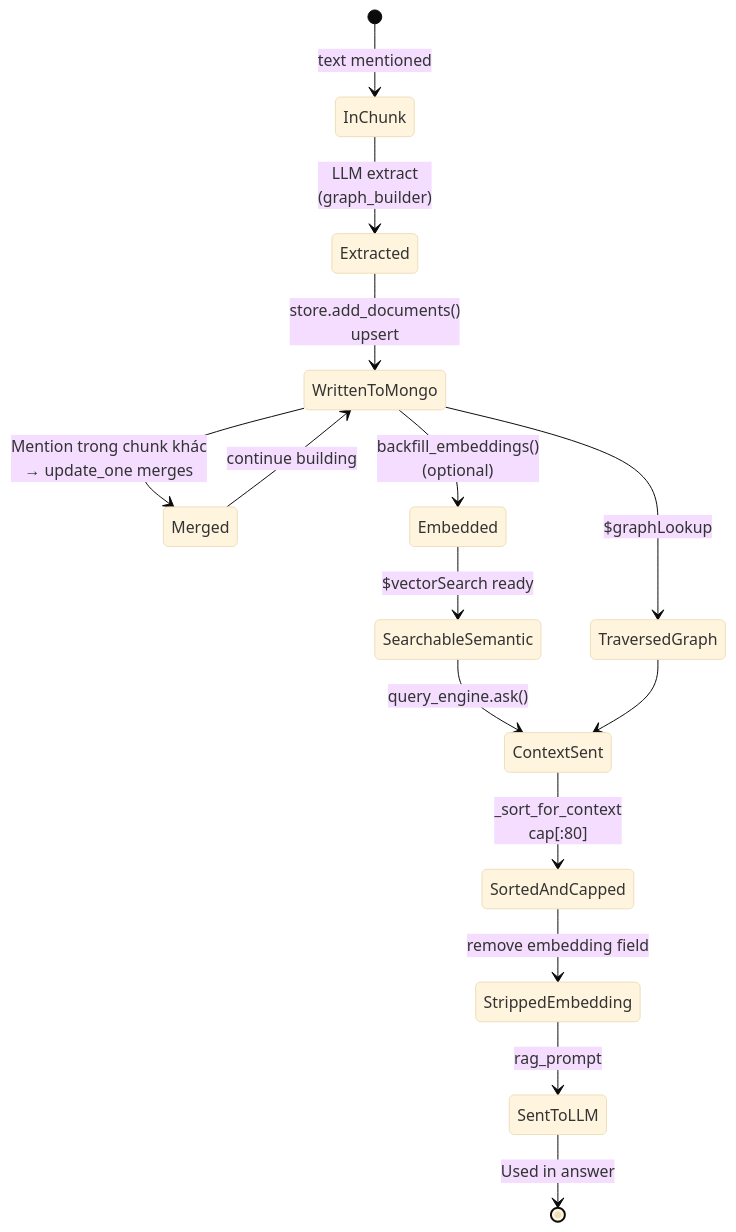
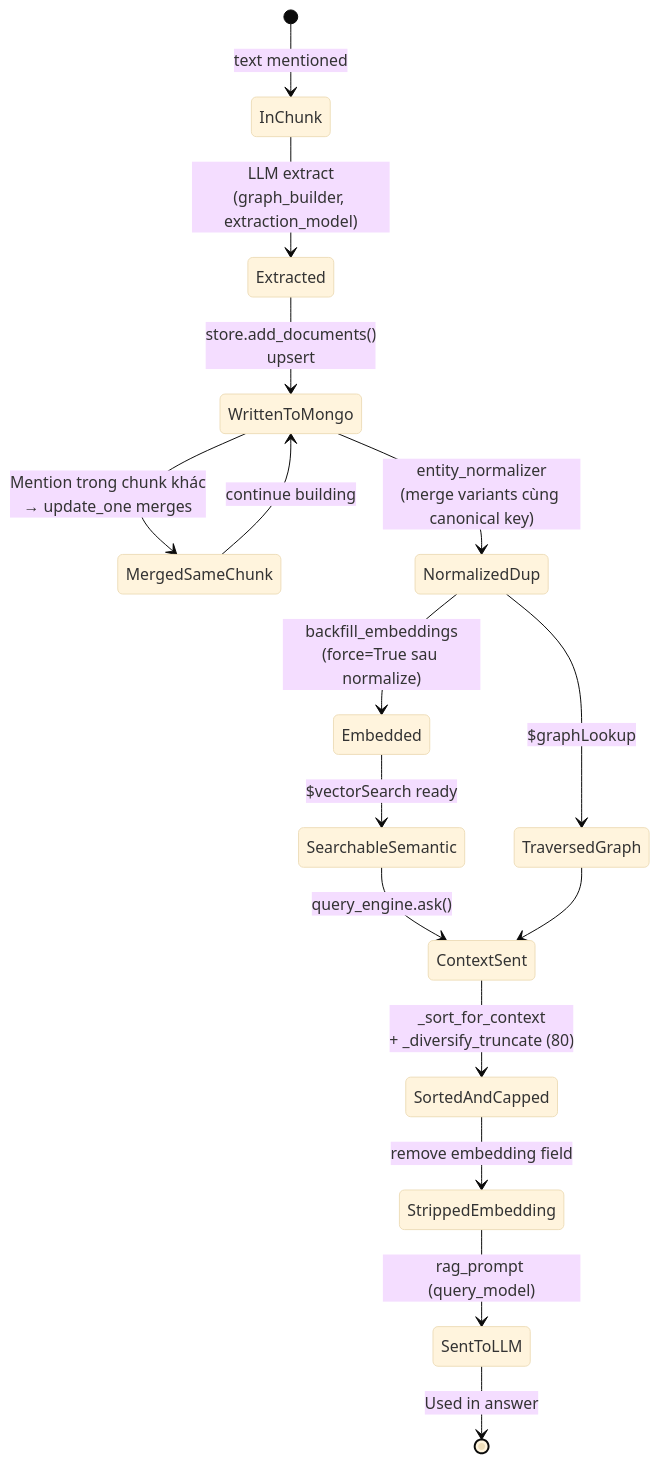
One commit to camping89/graphrag-demo changed the fifth of 14 diagrams in docs/diagrams.md. Above: the diagram before and after it, drawn with Mermaid (base theme). The commit also changed other lines of this file and 10 other files, not shown here.

First line of the commit message:
docs: sync với codebase hiện tại (2-model split, entity normalizer, auto-flow)

````diff
--- a/docs/diagrams.md
+++ b/docs/diagrams.md
@@ -229,22 +242,23 @@
 ```mermaid
 stateDiagram-v2
     [*] --> InChunk: text mentioned
 
-    InChunk --> Extracted: LLM extract<br/>(graph_builder)
+    InChunk --> Extracted: LLM extract<br/>(graph_builder, extraction_model)
     Extracted --> WrittenToMongo: store.add_documents()<br/>upsert
 
-    WrittenToMongo --> Merged: Mention trong chunk khác<br/>→ update_one merges
-    Merged --> WrittenToMongo: continue building
+    WrittenToMongo --> MergedSameChunk: Mention trong chunk khác<br/>→ update_one merges
+    MergedSameChunk --> WrittenToMongo: continue building
 
-    WrittenToMongo --> Embedded: backfill_embeddings()<br/>(optional)
+    WrittenToMongo --> NormalizedDup: entity_normalizer<br/>(merge variants cùng canonical key)
+    NormalizedDup --> Embedded: backfill_embeddings<br/>(force=True sau normalize)
 
     Embedded --> SearchableSemantic: $vectorSearch ready
-    WrittenToMongo --> TraversedGraph: $graphLookup
+    NormalizedDup --> TraversedGraph: $graphLookup
     SearchableSemantic --> ContextSent: query_engine.ask()
     TraversedGraph --> ContextSent
 
-    ContextSent --> SortedAndCapped: _sort_for_context<br/>cap[:80]
+    ContextSent --> SortedAndCapped: _sort_for_context<br/>+ _diversify_truncate (80)
     SortedAndCapped --> StrippedEmbedding: remove embedding field
-    StrippedEmbedding --> SentToLLM: rag_prompt
+    StrippedEmbedding --> SentToLLM: rag_prompt (query_model)
     SentToLLM --> [*]: Used in answer
 ```
````
